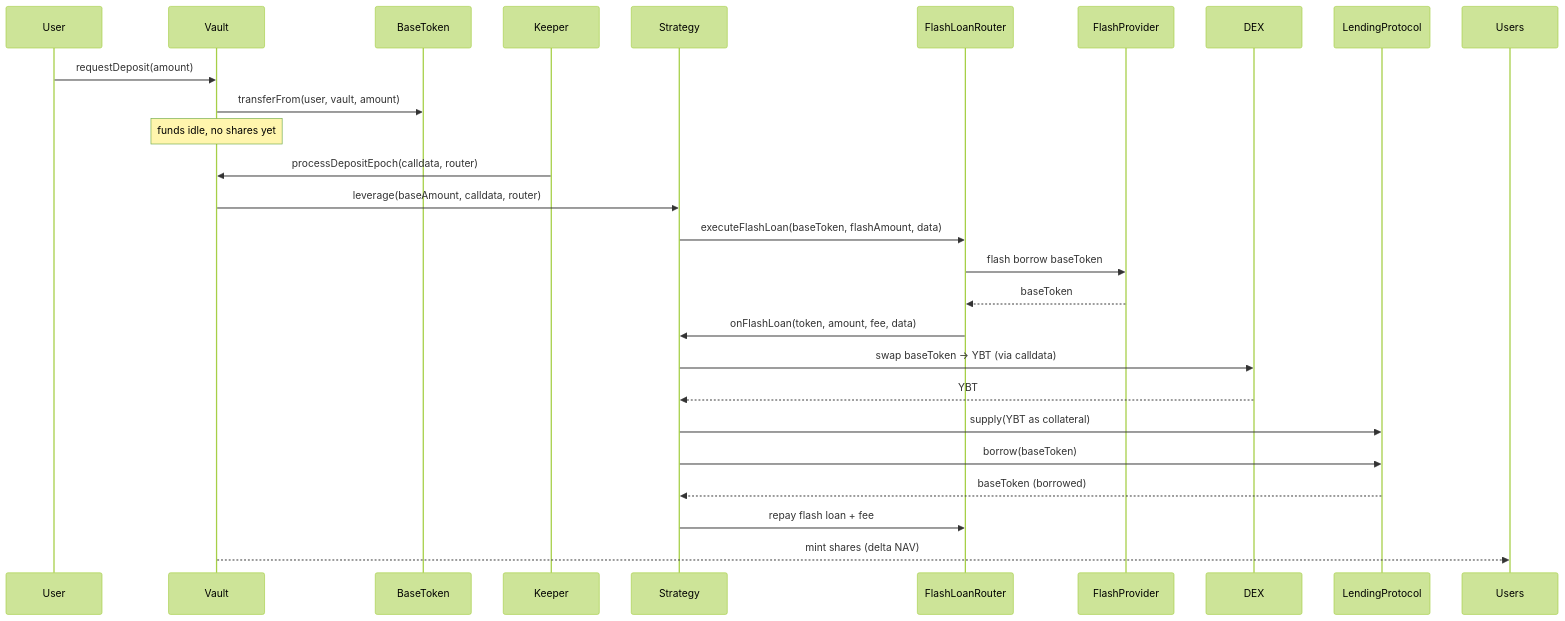
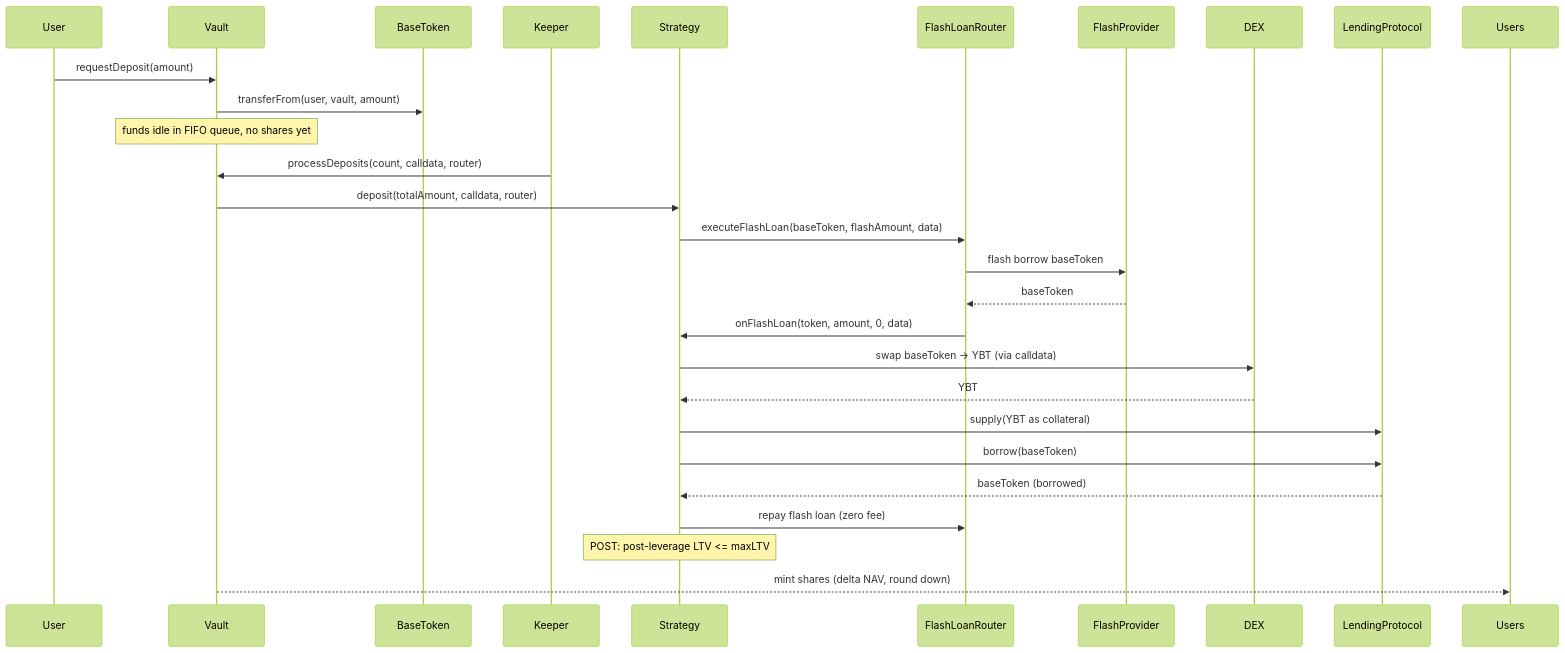
Before and after one commit to evgenynacu/leverage-vaults: the first of 8 diagrams in docs/architecture/token-flows.md, drawn with Mermaid (forest theme). The commit also changed other lines of this file and 10 other files, not shown here.

Commit message:
fix: naming conventions, swap calldata, partial epoch processing etc

````diff
--- a/docs/architecture/token-flows.md
+++ b/docs/architecture/token-flows.md
@@ -5,19 +5,20 @@
 ```mermaid
 sequenceDiagram
     User->>Vault: requestDeposit(amount)
     Vault->>BaseToken: transferFrom(user, vault, amount)
-    Note over Vault: funds idle, no shares yet
-    Keeper->>Vault: processDepositEpoch(calldata, router)
-    Vault->>Strategy: leverage(baseAmount, calldata, router)
+    Note over Vault: funds idle in FIFO queue, no shares yet
+    Keeper->>Vault: processDeposits(count, calldata, router)
+    Vault->>Strategy: deposit(totalAmount, calldata, router)
     Strategy->>FlashLoanRouter: executeFlashLoan(baseToken, flashAmount, data)
     FlashLoanRouter->>FlashProvider: flash borrow baseToken
     FlashProvider-->>FlashLoanRouter: baseToken
-    FlashLoanRouter->>Strategy: onFlashLoan(token, amount, fee, data)
+    FlashLoanRouter->>Strategy: onFlashLoan(token, amount, 0, data)
     Strategy->>DEX: swap baseToken -> YBT (via calldata)
     DEX-->>Strategy: YBT
     Strategy->>LendingProtocol: supply(YBT as collateral)
     Strategy->>LendingProtocol: borrow(baseToken)
     LendingProtocol-->>Strategy: baseToken (borrowed)
-    Strategy->>FlashLoanRouter: repay flash loan + fee
-    Vault-->>Users: mint shares (delta NAV)
+    Strategy->>FlashLoanRouter: repay flash loan (zero fee)
+    Note over Strategy: POST: post-leverage LTV <= maxLTV
+    Vault-->>Users: mint shares (delta NAV, round down)
 ```
````
